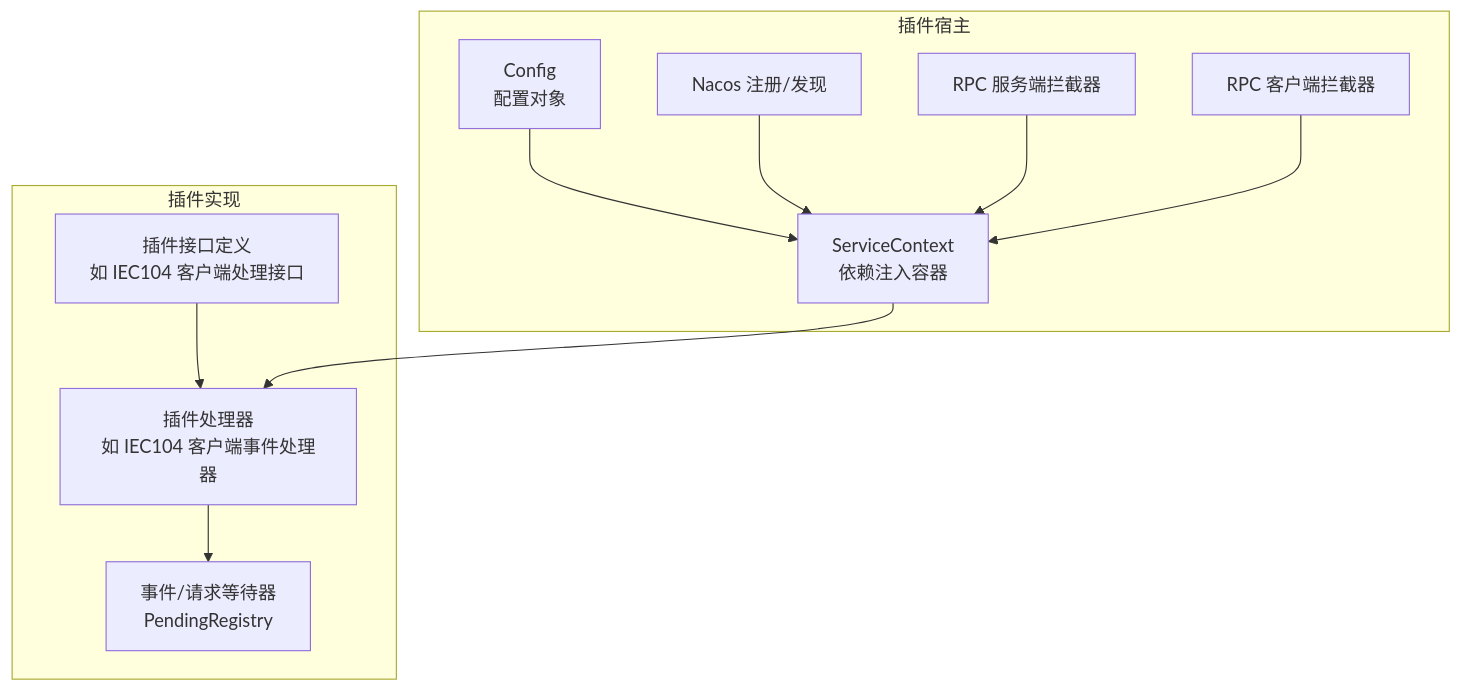
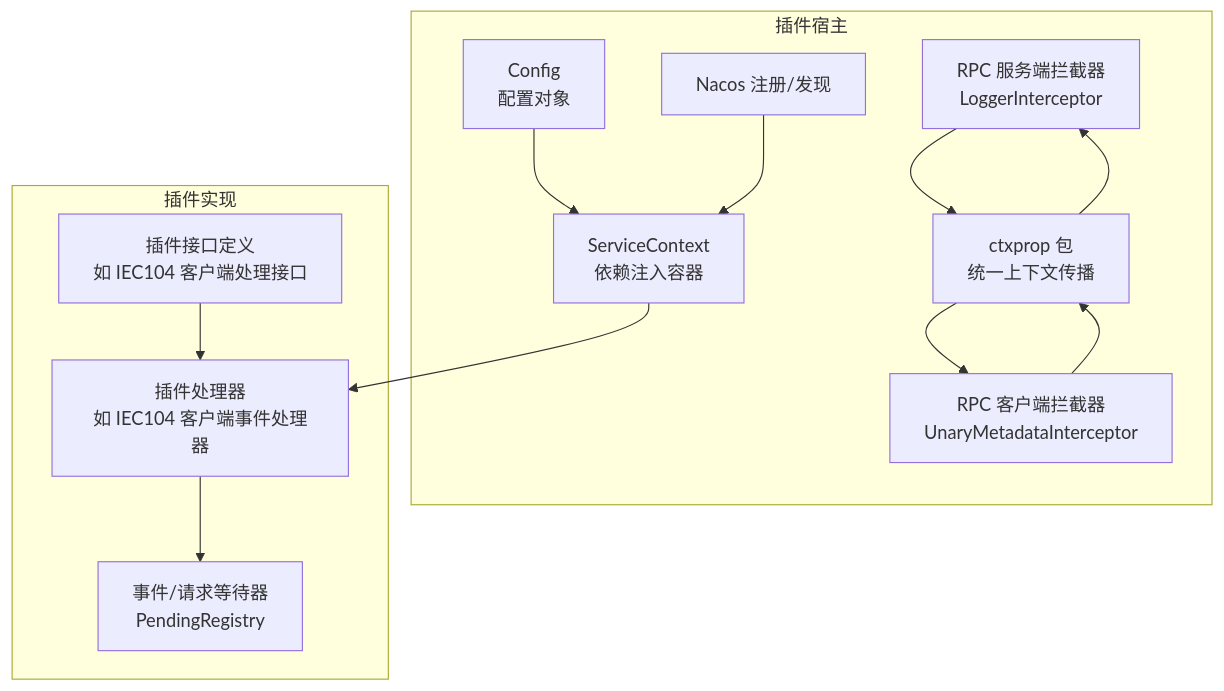
Before and after one commit to maomao94/zero-service: the first of 9 diagrams in .qoder/repowiki/zh/content/扩展开发/插件开发.md, drawn with Mermaid. The commit also changed other lines of this file and 19 other files, not shown here.

````diff
--- a/.qoder/repowiki/zh/content/扩展开发/插件开发.md
+++ b/.qoder/repowiki/zh/content/扩展开发/插件开发.md
@@ -45,22 +61,25 @@
 ```mermaid
 graph TB
 subgraph "插件宿主"
 SC["ServiceContext<br/>依赖注入容器"]
 CFG["Config<br/>配置对象"]
 NACOS_REG["Nacos 注册/发现"]
-INT_S["RPC 服务端拦截器"]
-INT_C["RPC 客户端拦截器"]
+INT_S["RPC 服务端拦截器<br/>LoggerInterceptor"]
+INT_C["RPC 客户端拦截器<br/>UnaryMetadataInterceptor"]
+CTX_PROP["ctxprop 包<br/>统一上下文传播"]
 end
 subgraph "插件实现"
 IFACE["插件接口定义<br/>如 IEC104 客户端处理接口"]
 HANDLER["插件处理器<br/>如 IEC104 客户端事件处理器"]
 EVT["事件/请求等待器<br/>PendingRegistry"]
 end
 CFG --> SC
 NACOS_REG --> SC
-INT_S --> SC
-INT_C --> SC
+INT_S --> CTX_PROP
+INT_C --> CTX_PROP
 IFACE --> HANDLER
 HANDLER --> EVT
 SC --> HANDLER
+CTX_PROP --> INT_S
+CTX_PROP --> INT_C
 ```
````
